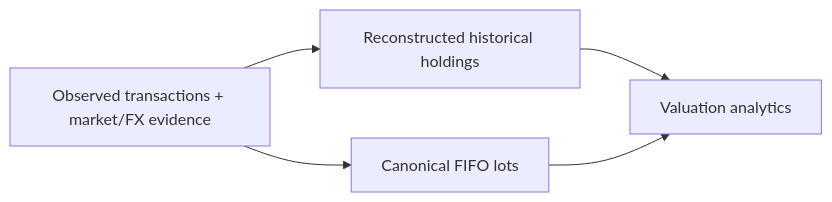
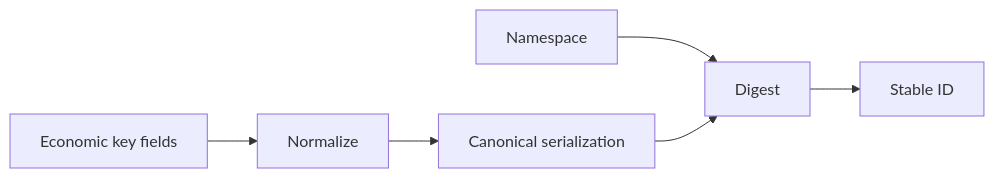
The third of 5 diagrams in docs/architecture/design-decisions.md (tks18/personal-finance-etl), drawn with Mermaid before and after one commit. The commit also changed other lines of this file and 10 other files, not shown here.

Commit message:
docs: update docs/architecture for latest version

````diff
--- a/docs/architecture/design-decisions.md
+++ b/docs/architecture/design-decisions.md
@@ -145,7 +69,7 @@
 ```mermaid
 flowchart LR
-    OBS[Observed transactions + market/FX evidence] --> REC[Reconstructed historical holdings]
-    OBS --> FIFO[Canonical FIFO lots]
-    REC --> ANALYTICS[Valuation analytics]
-    FIFO --> ANALYTICS
+    KEY[Economic key fields] --> NORMAL[Normalize]
+    NORMAL --> SERIAL[Canonical serialization]
+    NS[Namespace] --> HASH[Digest]
+    SERIAL --> HASH --> ID[Stable ID]
 ```
````
